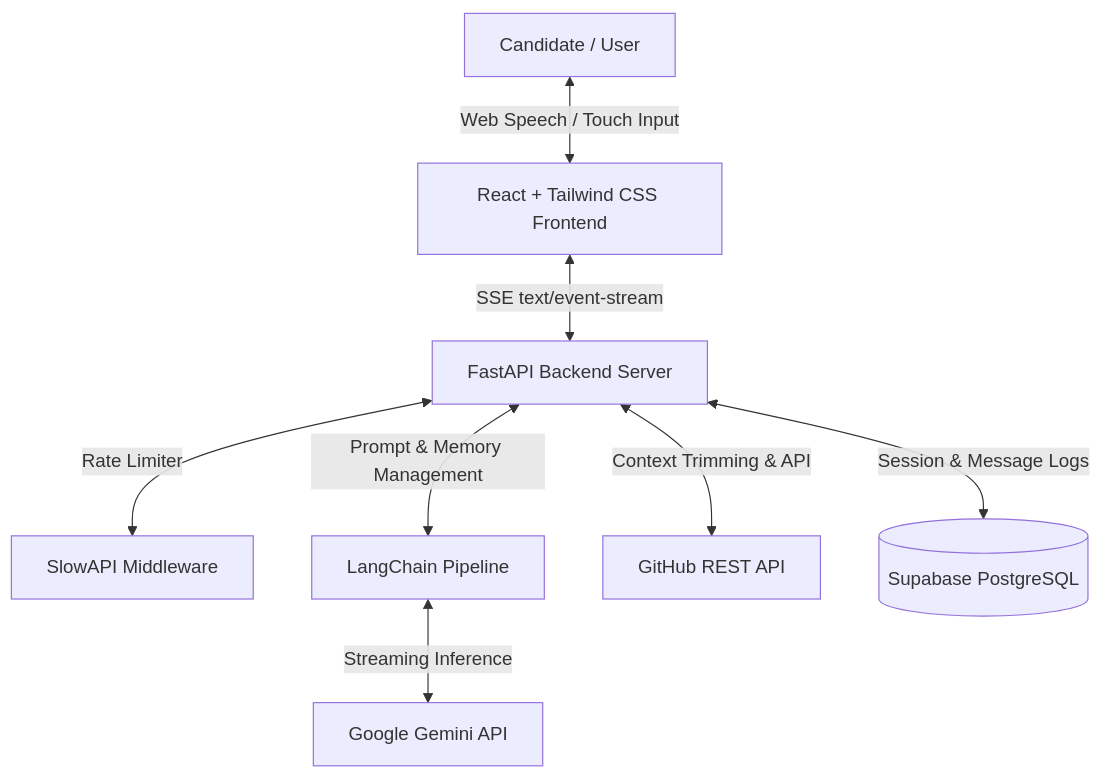
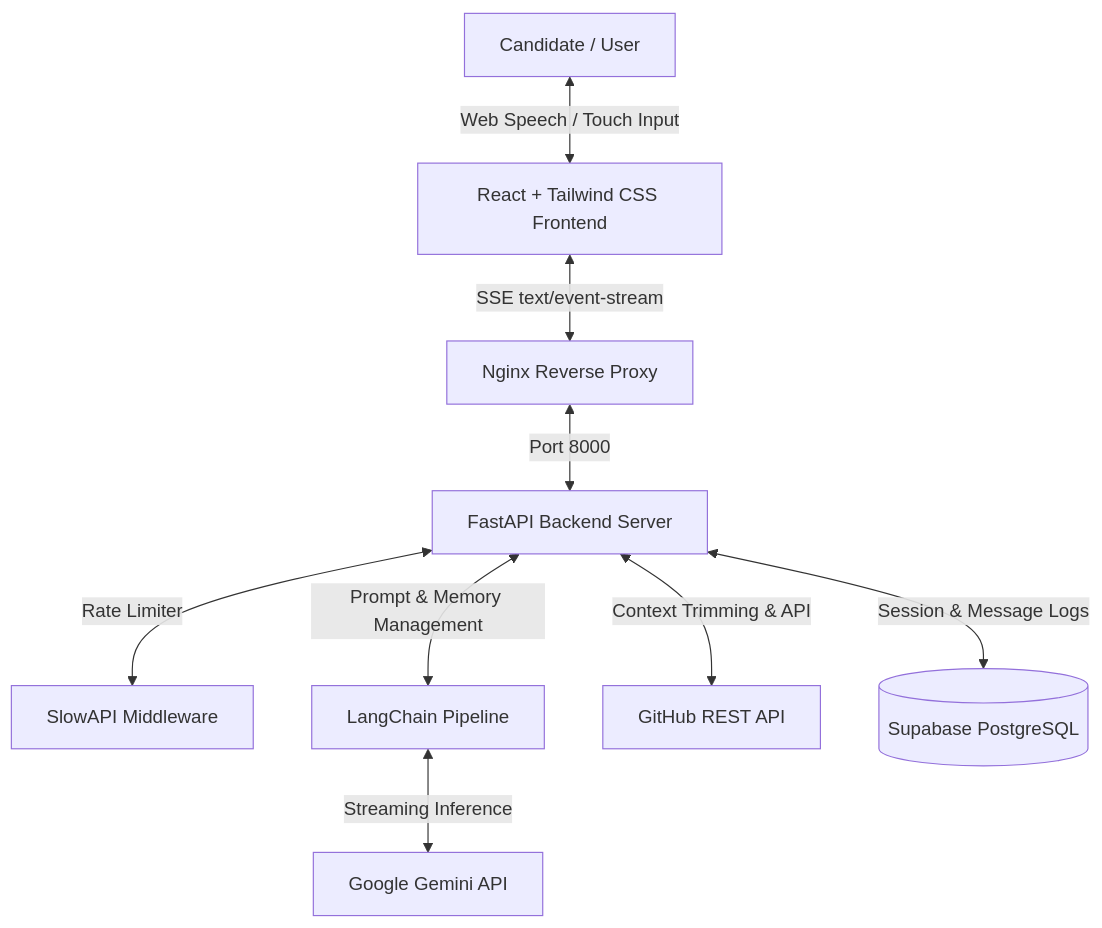
One commit to rajtharun08/RepoRoast changed the first of 2 diagrams in README.md. Above: the diagram before and after it, drawn with Mermaid. The commit also changed other lines of this file and 6 other files, not shown here.

Commit message:
feat(docker): add production Dockerfiles, Nginx reverse proxy configuration, docker-compose.yml, and Quick Start docs

````diff
--- a/README.md
+++ b/README.md
@@ -11,10 +33,11 @@
 ```mermaid
 graph TD
     User[Candidate / User] <-->|Web Speech / Touch Input| Frontend[React + Tailwind CSS Frontend]
-    Frontend <-->|SSE text/event-stream| FastAPI[FastAPI Backend Server]
+    Frontend <-->|SSE text/event-stream| Nginx[Nginx Reverse Proxy]
+    Nginx <-->|Port 8000| FastAPI[FastAPI Backend Server]
     FastAPI <-->|Rate Limiter| SlowAPI[SlowAPI Middleware]
     FastAPI <-->|Prompt & Memory Management| LangChain[LangChain Pipeline]
     LangChain <-->|Streaming Inference| Gemini[Google Gemini API]
     FastAPI <-->|Context Trimming & API| GitHub[GitHub REST API]
     FastAPI <-->|Session & Message Logs| Supabase[(Supabase PostgreSQL)]
 ```
````
